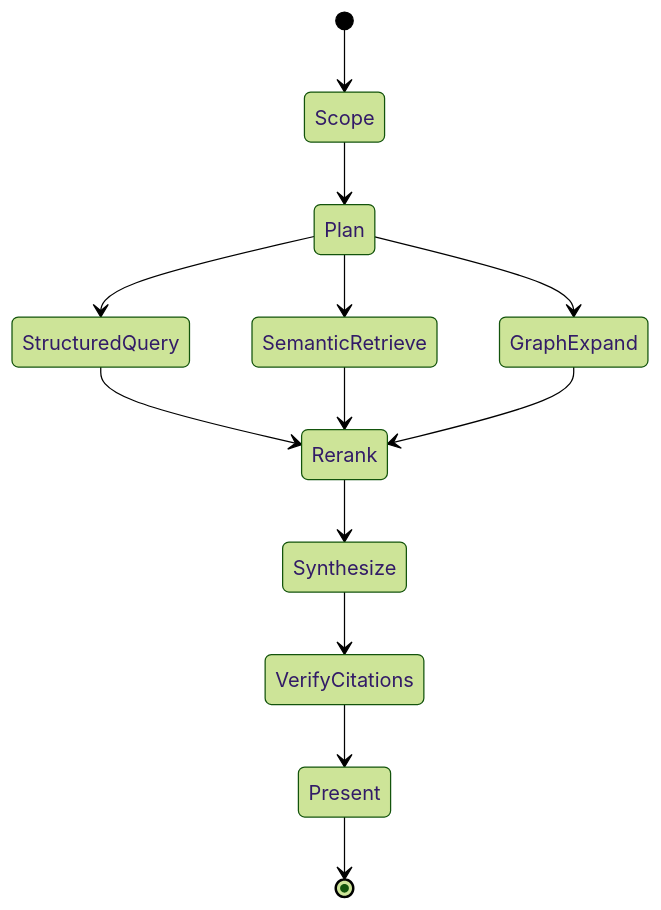
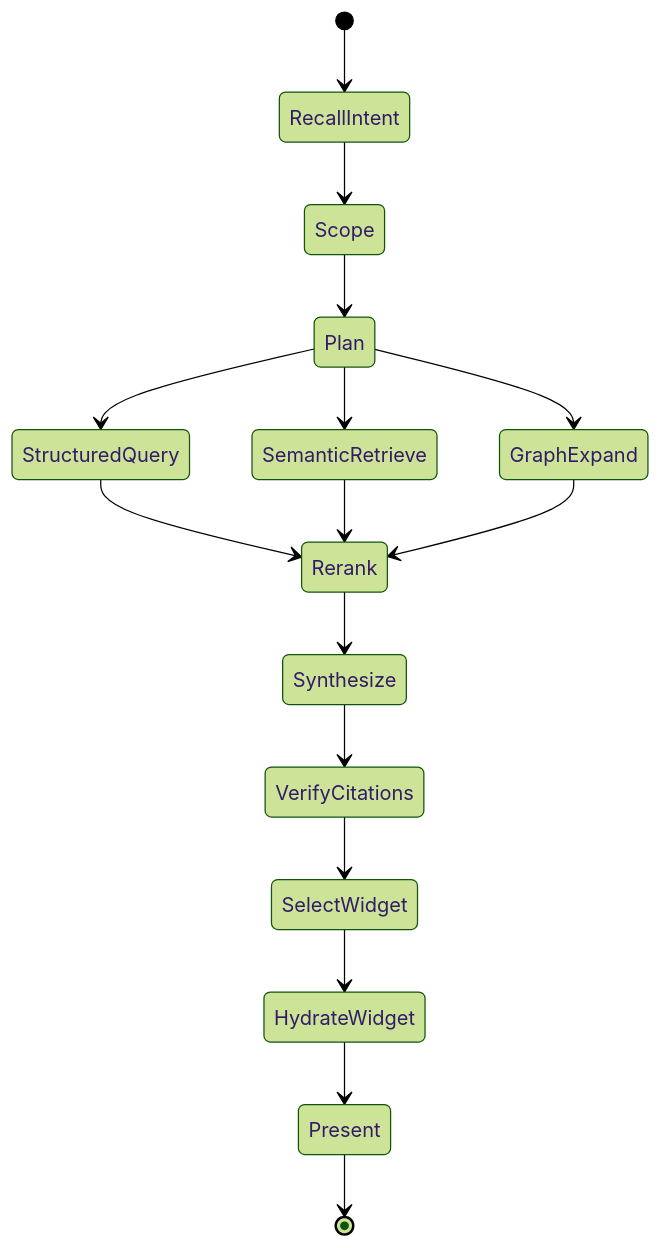
The second of 2 diagrams in docs/ai-architecture.md (mongodb-industry-solutions/AI-Ready-Nonclinical-Safety), drawn with Mermaid (forest theme) before and after one commit. The commit also changed other lines of this file and 21 other files, not shown here.

````diff
--- a/docs/ai-architecture.md
+++ b/docs/ai-architecture.md
@@ -56,15 +65,18 @@
 ```mermaid
 stateDiagram-v2
-  [*] --> Scope
+  [*] --> RecallIntent
+  RecallIntent --> Scope
   Scope --> Plan
   Plan --> StructuredQuery
   Plan --> SemanticRetrieve
   Plan --> GraphExpand
   StructuredQuery --> Rerank
   SemanticRetrieve --> Rerank
   GraphExpand --> Rerank
   Rerank --> Synthesize
   Synthesize --> VerifyCitations
-  VerifyCitations --> Present
+  VerifyCitations --> SelectWidget
+  SelectWidget --> HydrateWidget
+  HydrateWidget --> Present
   Present --> [*]
 ```
````
